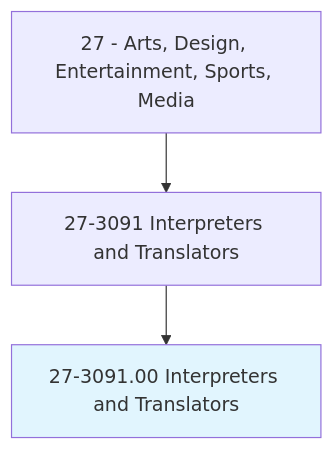
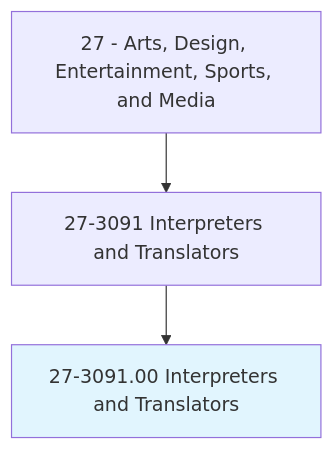
The first of 4 diagrams in occupations/ArtsMedia/InterpretersAndTranslators.mdx (kziemski/business.org.ai), drawn with Mermaid before and after one commit. The commit also changed other lines of this file and 938 other files, not shown here.

````diff
--- a/occupations/ArtsMedia/InterpretersAndTranslators.mdx
+++ b/occupations/ArtsMedia/InterpretersAndTranslators.mdx
@@ -19,6 +23,6 @@
 ```mermaid
 graph TD
-    Cat27["27 - Arts, Design, Entertainment, Sports, Media"] --> Group273091["27-3091 Interpreters and Translators"]
+    Cat27["27 - Arts, Design, Entertainment, Sports, and Media"] --> Group273091["27-3091 Interpreters and Translators"]
     Group273091 --> Current["27-3091.00 Interpreters and Translators"]
     style Current fill:#e1f5fe
 ```
````
